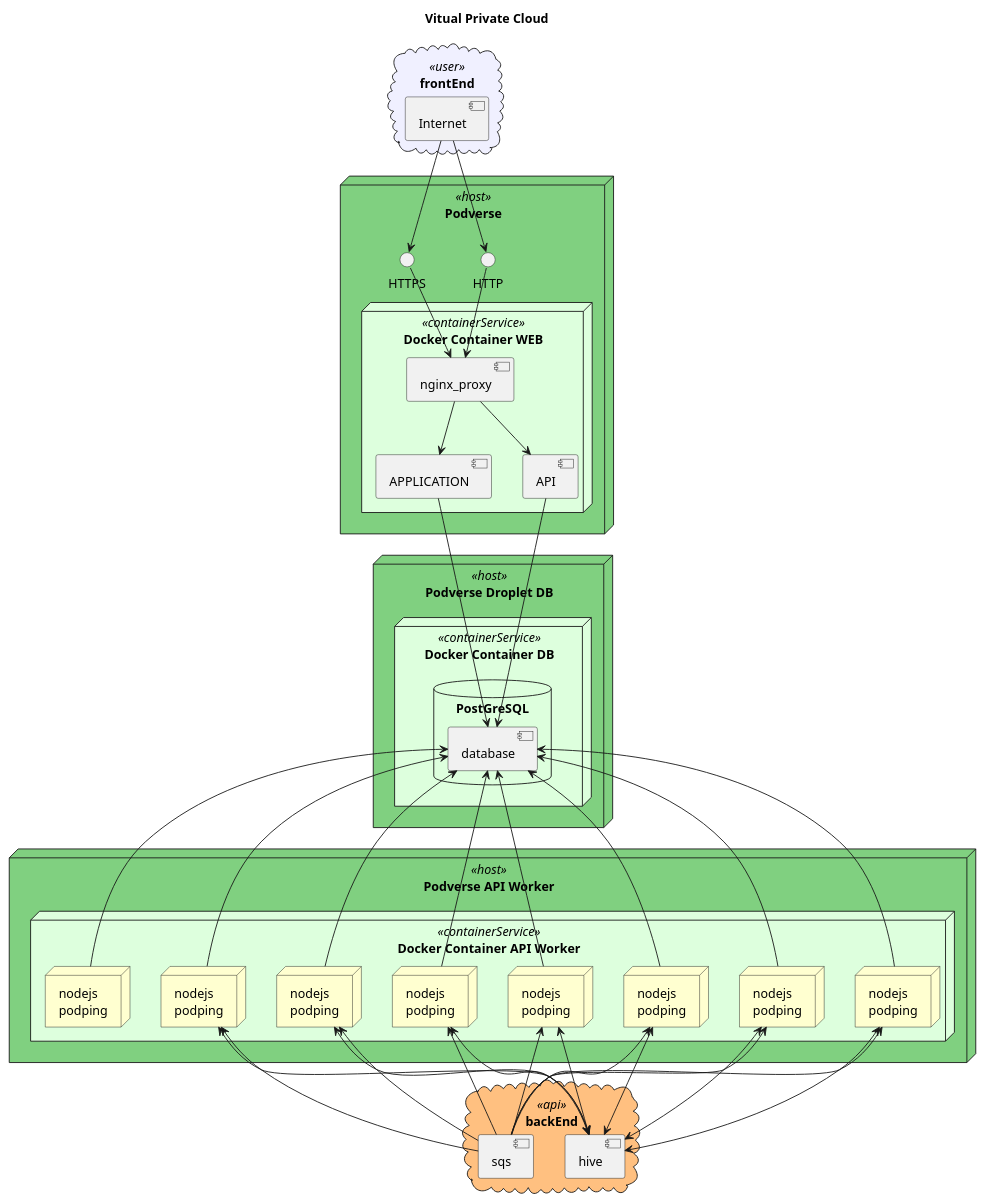
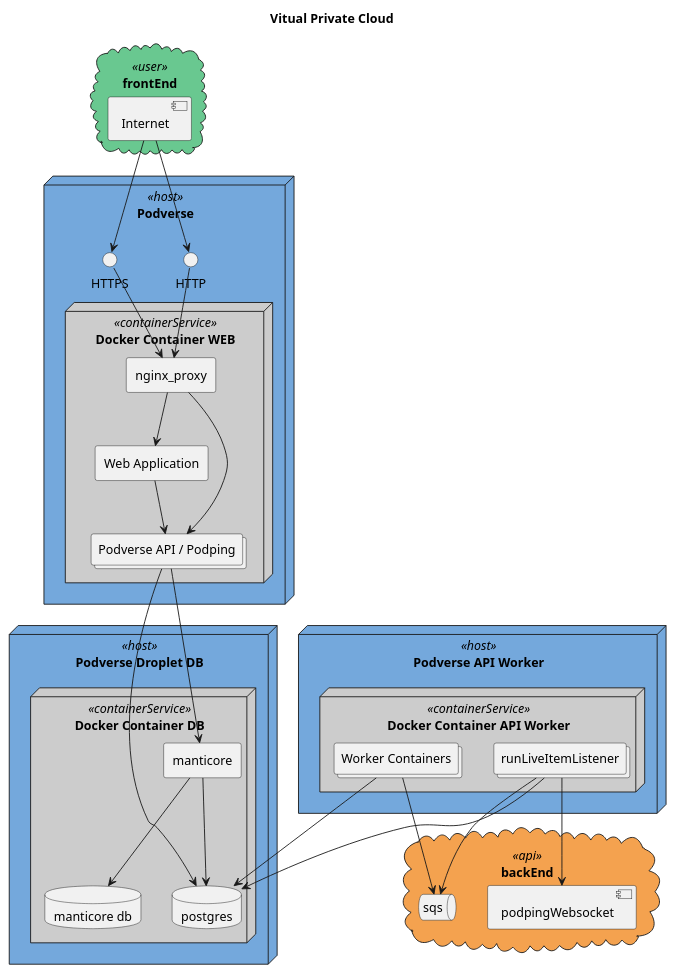
One commit to podverse/podverse-ops changed the diagram in diagrams/vps00.puml. Above: the diagram before and after it, drawn with PlantUML.

```diff
--- a/diagrams/vps00.puml
+++ b/diagrams/vps00.puml
@@ -3,112 +3,74 @@
 @startuml vps00
 
 title Vitual Private Cloud
 
 skinparam node {
-
-BackgroundColor #FFFFD0
-BackgroundColor<<host>> #80D080
-BackgroundColor<<containerService>> #DDFFDD
+    BackgroundColor #FFFFD0
+    BackgroundColor<<host>> #74a8dc
+    BackgroundColor<<containerService>> #cccccc
 }
 
 skinparam cloud {
-BackgroundColor<<user>> #F0F0FF
-BackgroundColor<<api>> #FFC080
+    BackgroundColor<<user>> #69c890
+    BackgroundColor<<api>> #f4a24f
 }
 cloud frontEnd <<user>>{
-[Internet]
+    [Internet]
 }
 
 cloud backEnd <<api>> {
-[hive]
-[sqs]
+    [podpingWebsocket]
+    queue sqs
 }
 node proxy <<host>> as “Podverse” {
-[Internet] --> HTTP
-[Internet] --> HTTPS
+    [Internet] --> HTTP
+    [Internet] --> HTTPS
 
-node webDocker <<containerService>> as “Docker Container WEB” {
-[nginx_proxy]
-[APPLICATION]
-[API]
-}
+    node webDocker <<containerService>> as “Docker Container WEB” {
+        rectangle nginx_proxy
+        rectangle webApplication as "Web Application"
+        collections podverseAPI as "Podverse API / Podping"
+        
+    }
 }
 
 node dbserver <<host>> as “Podverse Droplet DB” {
-node dbserverDocker <<containerService>> as “Docker Container DB” {
-database “PostGreSQL” {
-[database]
+    node dbserverDocker <<containerService>> as “Docker Container DB” {
+        database PostGreSQL [
+            postgres
+        ]
+        database MariaDB [
+            manticore db
+        ]
+        rectangle manticore
+    }
 }
-}
-}
-node apiWorkcer <<host>> as “Podverse API Worker” {
-node apiWorkcerDocker <<containerService>> as “Docker Container API Worker” {
-node node0 [
-nodejs
-podping
-]
-node node1 [
-nodejs
-podping
-]
-node node2 [
-nodejs
-podping
-]
-node node3 [
-nodejs
-podping
-]
-node node4 [
-nodejs
-podping
-]
-node node5 [
-nodejs
-podping
-]
-node node6 [
-nodejs
-podping
-]
-node node7 [
-nodejs
-podping
-]
-}
+node apiWorker <<host>> as “Podverse API Worker” {
+    node apiWorkerDocker <<containerService>> as “Docker Container API Worker” {
+
+    collections podverseWorker as "Worker Containers"
+    collections runLiveItemListener
+    }
 }
 
-HTTP --> [nginx_proxy]
-HTTPS --> [nginx_proxy]
-nginx_proxy --> [APPLICATION]
-nginx_proxy --> [API]
+HTTP --> nginx_proxy
+HTTPS --> nginx_proxy
+nginx_proxy --> webApplication
+nginx_proxy --> podverseAPI
 
-[API] --> [database]
-[APPLICATION] --> [database]
+podverseAPI --> PostGreSQL
+podverseAPI --> manticore
+webApplication --> podverseAPI
 
-[database] <-- [node0]
-[database] <-- [node1]
-[database] <-- [node2]
-[database] <-- [node3]
-[database] <-- [node4]
-[database] <-- [node5]
-[database] <-- [node6]
-[database] <-- [node7]
+manticore --> MariaDB
+manticore --> PostGreSQL
 
-[node0] <-- [sqs]
-[node2] <-- [sqs]
-[node3] <-- [sqs]
-[node4] <-- [sqs]
-[node5] <-- [sqs]
-[node6] <-- [sqs]
-[node7] <-- [sqs]
+runLiveItemListener --> PostGreSQL
+runLiveItemListener --> podpingWebsocket
+runLiveItemListener --> sqs
 
-[node0] <–> [hive]
-[node2] <–> [hive]
-[node3] <–> [hive]
-[node4] <–> [hive]
-[node5] <–> [hive]
-[node6] <–> [hive]
-[node7] <–> [hive]
+PostGreSQL <-- podverseWorker
+
+podverseWorker --> sqs
 
 @enduml
```
